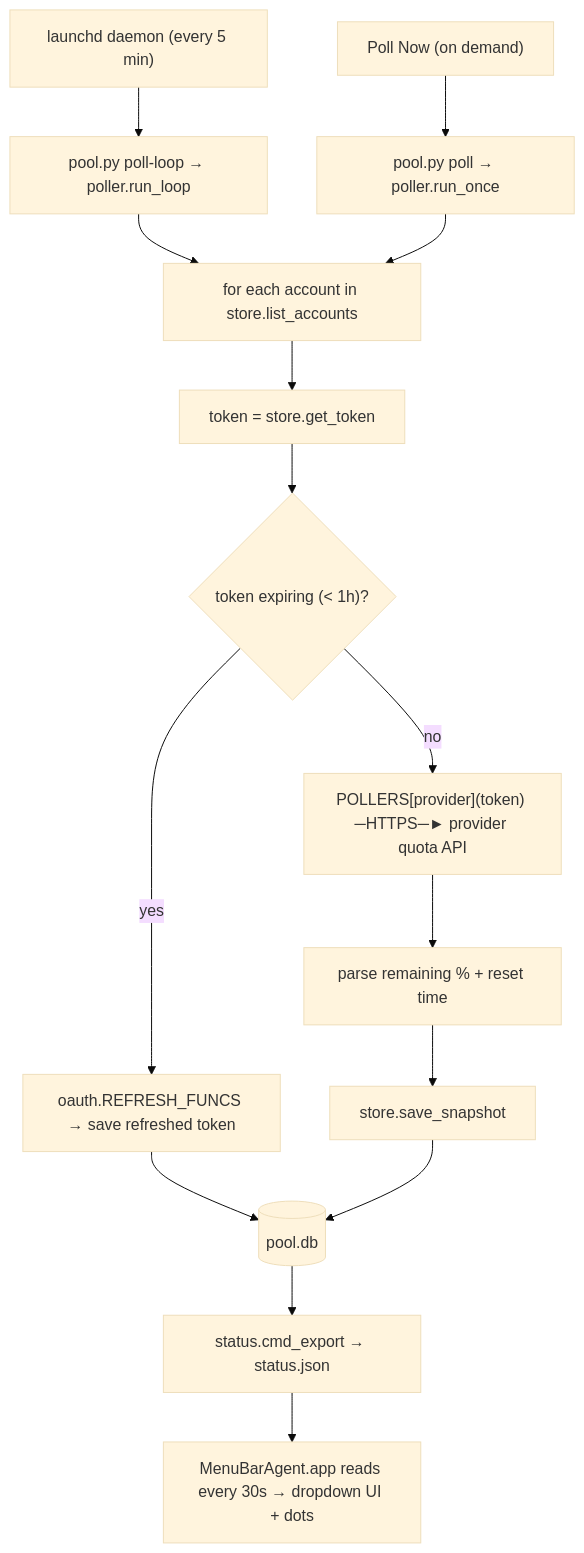
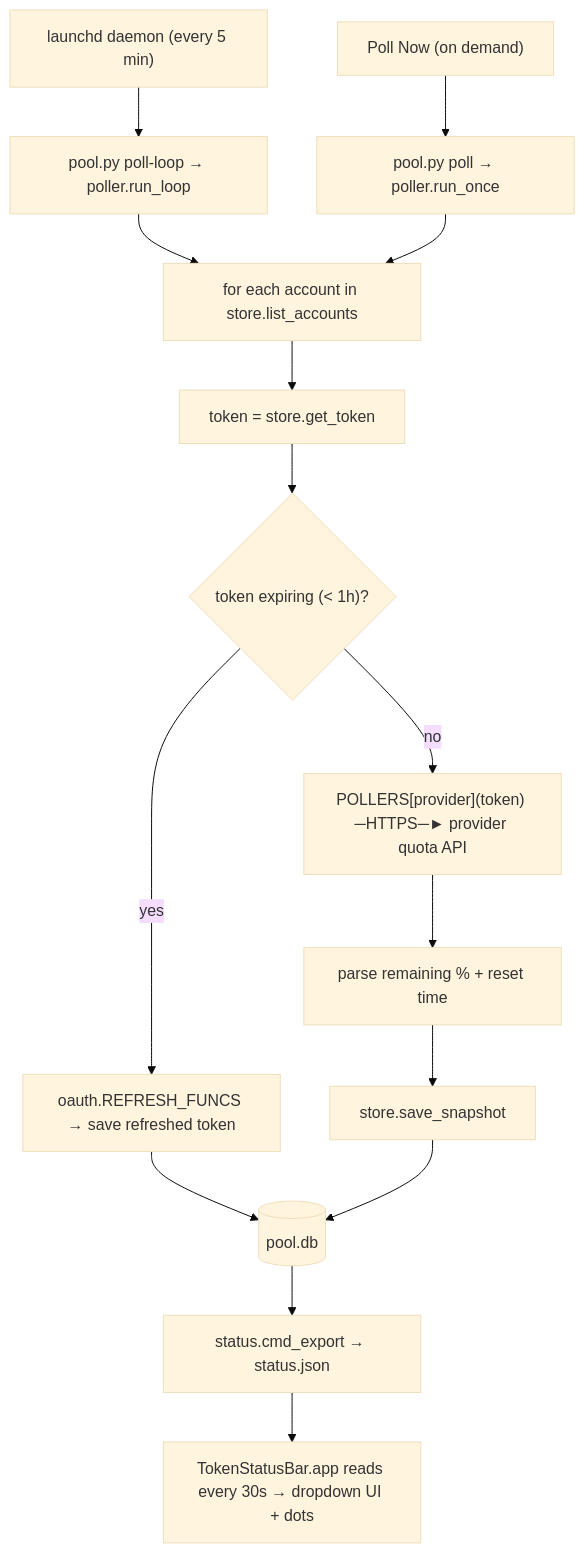
The third of 3 diagrams in README.md (bytonylee/token-status-bar), drawn with Mermaid (base theme) before and after one commit. The commit also changed other lines of this file and 20 other files, not shown here.

````diff
--- a/README.md
+++ b/README.md
@@ -138,17 +138,17 @@
 ```mermaid
 flowchart TD
     A["launchd daemon (every 5 min)"] --> B[pool.py poll-loop → poller.run_loop]
     C["Poll Now (on demand)"] --> D[pool.py poll → poller.run_once]
     B --> E[for each account in store.list_accounts]
     D --> E
     E --> F[token = store.get_token]
     F --> G{"token expiring (< 1h)?"}
     G -->|yes| H["oauth.REFRESH_FUNCS → save refreshed token"]
     H --> I[(pool.db)]
     G -->|no| J["POLLERS[provider](token) ─HTTPS─► provider quota API"]
     J --> K["parse remaining % + reset time"]
     K --> L[store.save_snapshot]
     L --> I
     I --> M[status.cmd_export → status.json]
-    M --> N["MenuBarAgent.app reads every 30s → dropdown UI + dots"]
+    M --> N["TokenStatusBar.app reads every 30s → dropdown UI + dots"]
 ```
````
